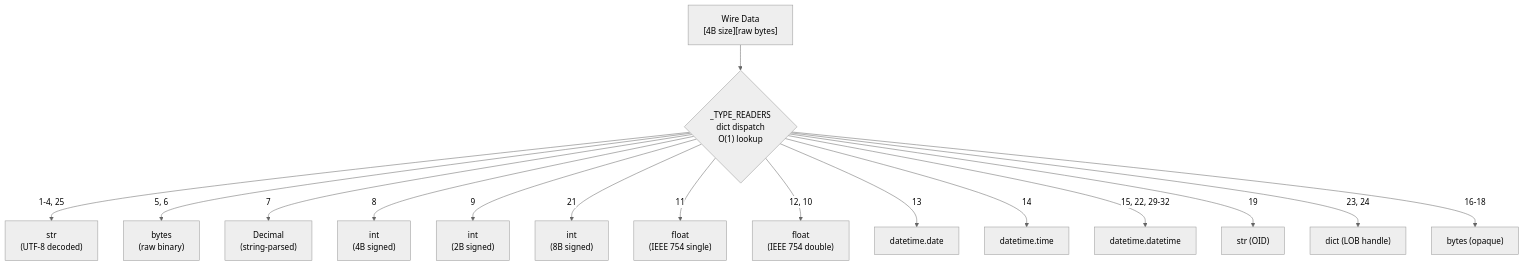
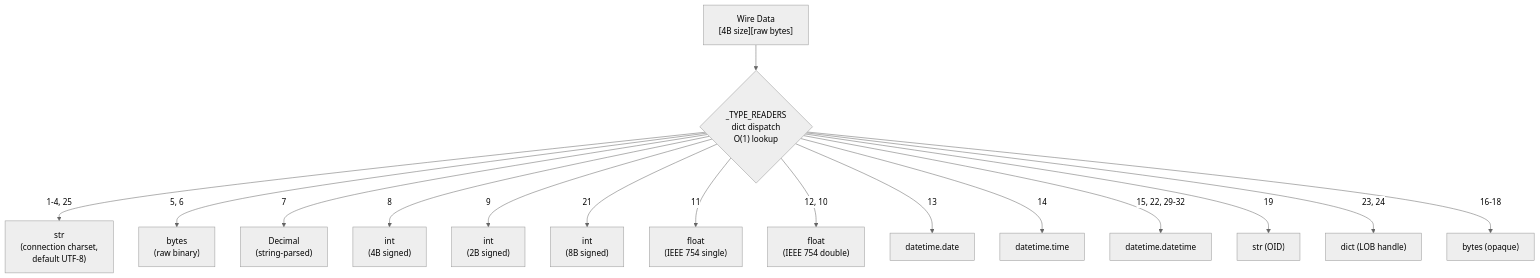
Before and after one commit to cubrid-lab/pycubrid: the fifth of 5 diagrams in docs/ARCHITECTURE.md, drawn with Mermaid (neutral theme). The commit also changed other lines of this file and 43 other files, not shown here.

First line of the commit message:
feat: add charset connection option (#510)

````diff
--- a/docs/ARCHITECTURE.md
+++ b/docs/ARCHITECTURE.md
@@ -204,22 +204,22 @@
 ```mermaid
 flowchart TD
     wire["Wire Data<br/>[4B size][raw bytes]"]
     dispatch{"_TYPE_READERS<br/>dict dispatch<br/>O(1) lookup"}
     
     wire --> dispatch
     
-    dispatch -->|"1-4, 25"| str["str<br/>(UTF-8 decoded)"]
+    dispatch -->|"1-4, 25"| str["str<br/>(connection charset,<br/>default UTF-8)"]
     dispatch -->|"5, 6"| bytes["bytes<br/>(raw binary)"]
     dispatch -->|"7"| decimal["Decimal<br/>(string-parsed)"]
     dispatch -->|"8"| int32["int<br/>(4B signed)"]
     dispatch -->|"9"| int16["int<br/>(2B signed)"]
     dispatch -->|"21"| int64["int<br/>(8B signed)"]
     dispatch -->|"11"| float32["float<br/>(IEEE 754 single)"]
     dispatch -->|"12, 10"| float64["float<br/>(IEEE 754 double)"]
     dispatch -->|"13"| date["datetime.date"]
     dispatch -->|"14"| time["datetime.time"]
     dispatch -->|"15, 22, 29-32"| datetime["datetime.datetime"]
     dispatch -->|"19"| oid["str (OID)"]
     dispatch -->|"23, 24"| lob["dict (LOB handle)"]
     dispatch -->|"16-18"| collection["bytes (opaque)"]
 ```
````
